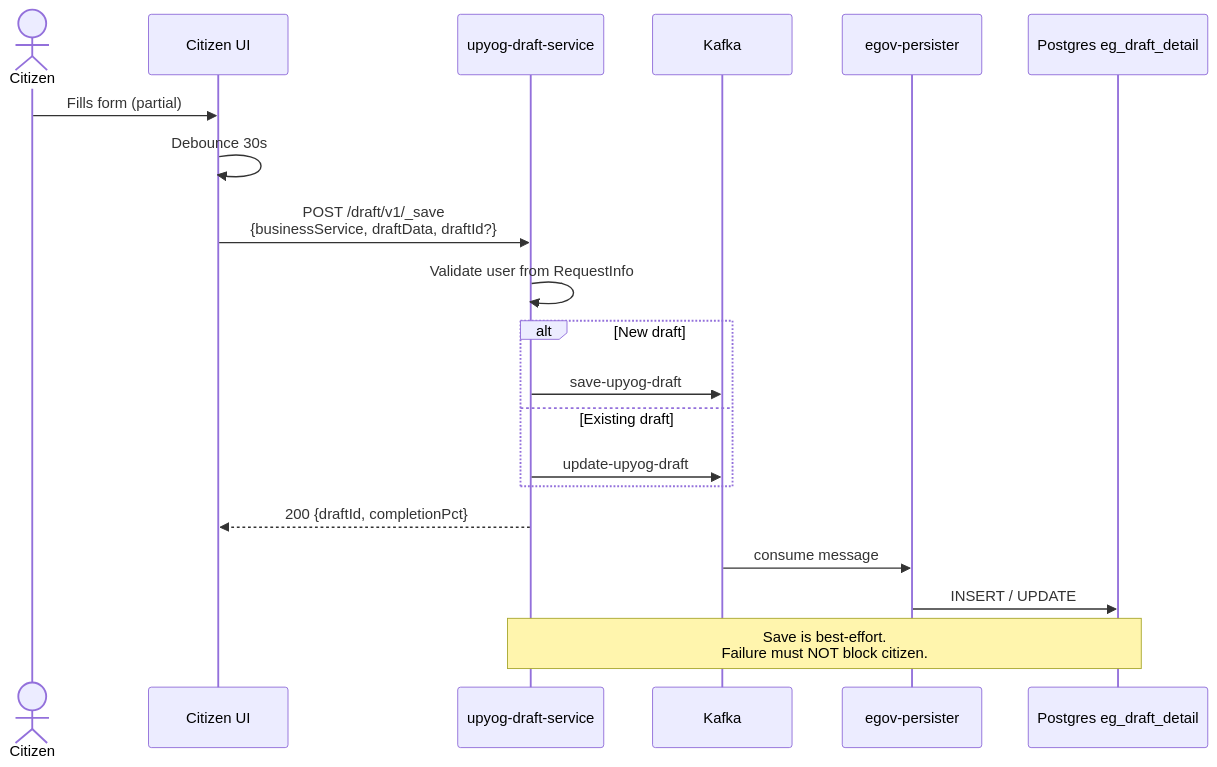
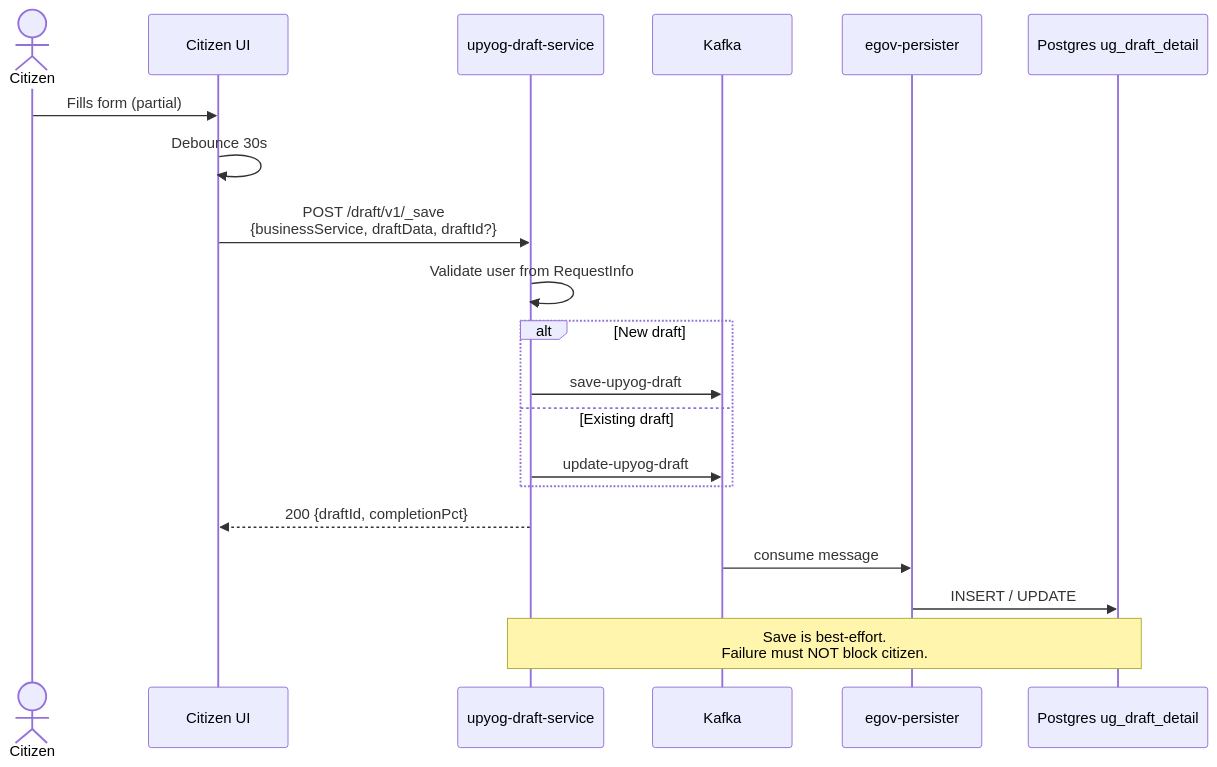
Before and after one commit to upyog/UPYOG: the fourth of 12 diagrams in core-services/upyog-draft-service/ARCHITECTURE.md, drawn with Mermaid. The commit also changed other lines of this file and 3 other files, not shown here.

Commit message:
updating table from eg_draft_detail to ug_draft_detail

````diff
--- a/core-services/upyog-draft-service/ARCHITECTURE.md
+++ b/core-services/upyog-draft-service/ARCHITECTURE.md
@@ -199,24 +199,24 @@
 ```mermaid
 sequenceDiagram
     actor Citizen
     participant UI as Citizen UI
     participant Draft as upyog-draft-service
     participant Kafka
     participant Persister as egov-persister
-    participant DB as Postgres eg_draft_detail
+    participant DB as Postgres ug_draft_detail
 
     Citizen->>UI: Fills form (partial)
     UI->>UI: Debounce 30s
     UI->>Draft: POST /draft/v1/_save<br/>{businessService, draftData, draftId?}
     Draft->>Draft: Validate user from RequestInfo
     alt New draft
         Draft->>Kafka: save-upyog-draft
     else Existing draft
         Draft->>Kafka: update-upyog-draft
     end
     Draft-->>UI: 200 {draftId, completionPct}
     Kafka->>Persister: consume message
     Persister->>DB: INSERT / UPDATE
 
     Note over Draft,DB: Save is best-effort.<br/>Failure must NOT block citizen.
 ```
````
